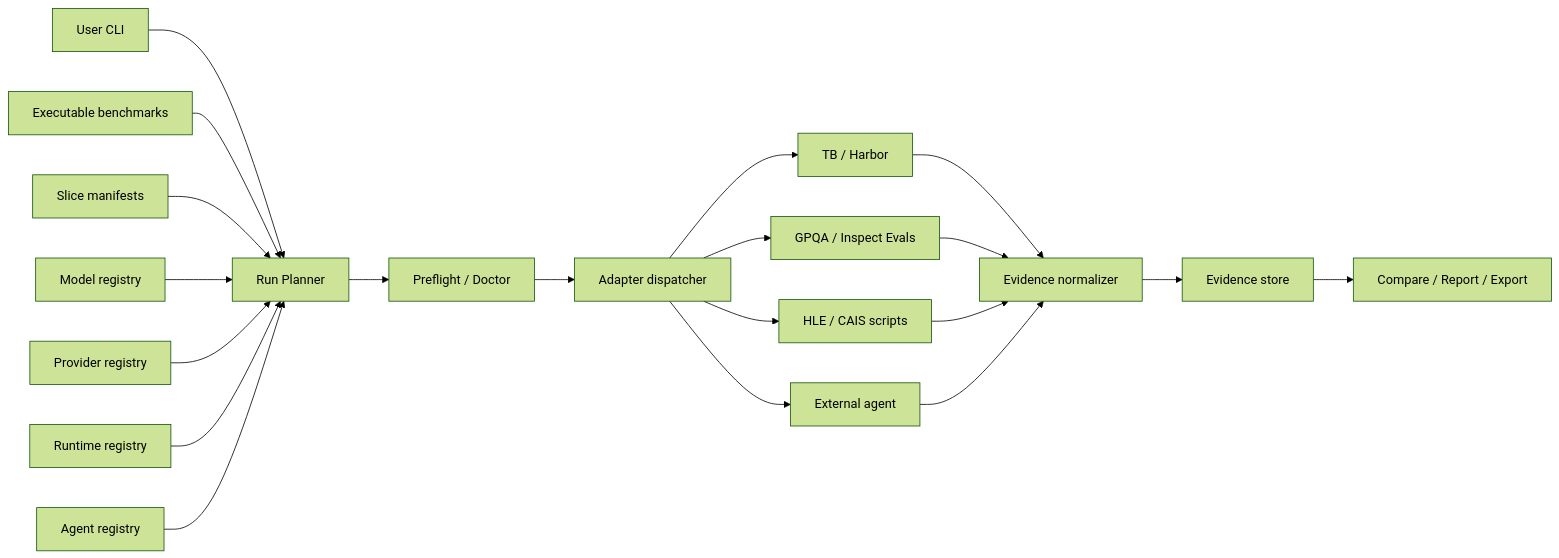
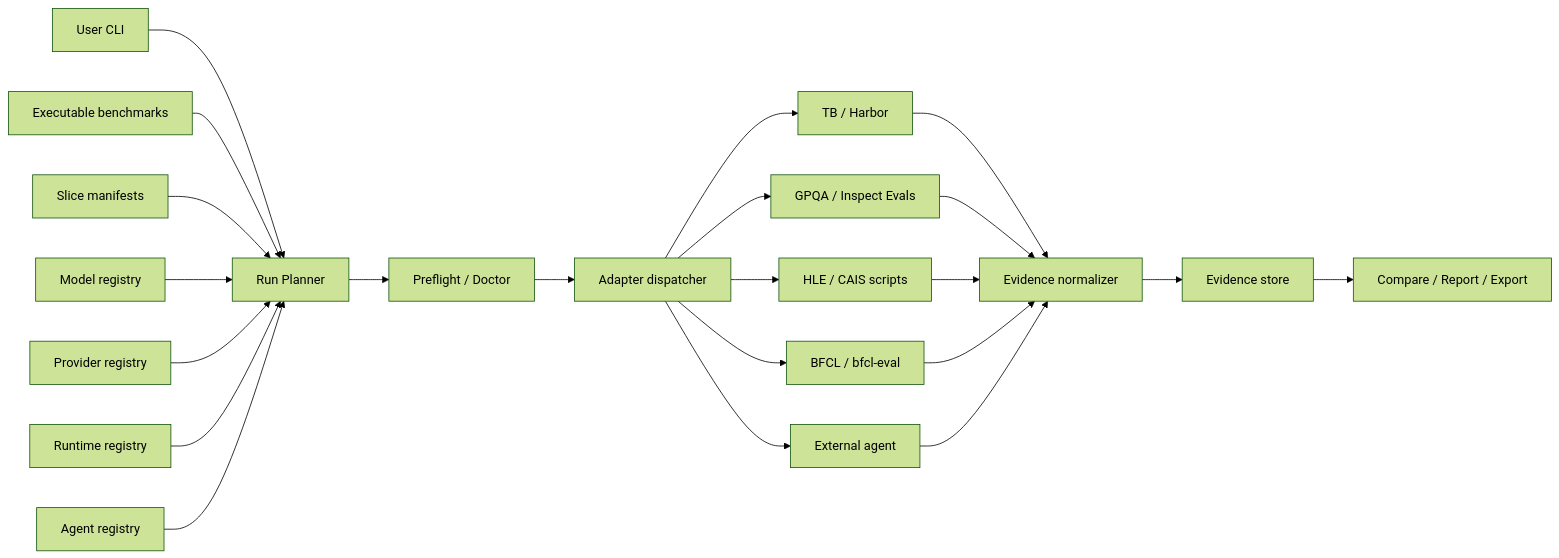
The diagram in docs/architecture.md (Lyther/BenchEval), drawn with Mermaid (forest theme) before and after one commit. The commit also changed other lines of this file and 10 other files, not shown here.

First line of the commit message:
docs(roadmap): reconcile v1 proof state

````diff
--- a/docs/architecture.md
+++ b/docs/architecture.md
@@ -49,25 +49,27 @@
 ```mermaid
 flowchart LR
     U[User CLI] --> BP[Run Planner]
     BR[Executable benchmarks] --> BP
     SM[Slice manifests] --> BP
     MR[Model registry] --> BP
     PR[Provider registry] --> BP
     RR[Runtime registry] --> BP
     AG[Agent registry] --> BP
 
     BP --> PF[Preflight / Doctor]
     PF --> AD[Adapter dispatcher]
 
     AD --> A1[TB / Harbor]
     AD --> A2[GPQA / Inspect Evals]
     AD --> A3[HLE / CAIS scripts]
-    AD --> A4[External agent]
+    AD --> A4[BFCL / bfcl-eval]
+    AD --> A5[External agent]
 
     A1 --> EN[Evidence normalizer]
     A2 --> EN
     A3 --> EN
     A4 --> EN
+    A5 --> EN
     EN --> ES[Evidence store]
     ES --> CP[Compare / Report / Export]
 ```
````
